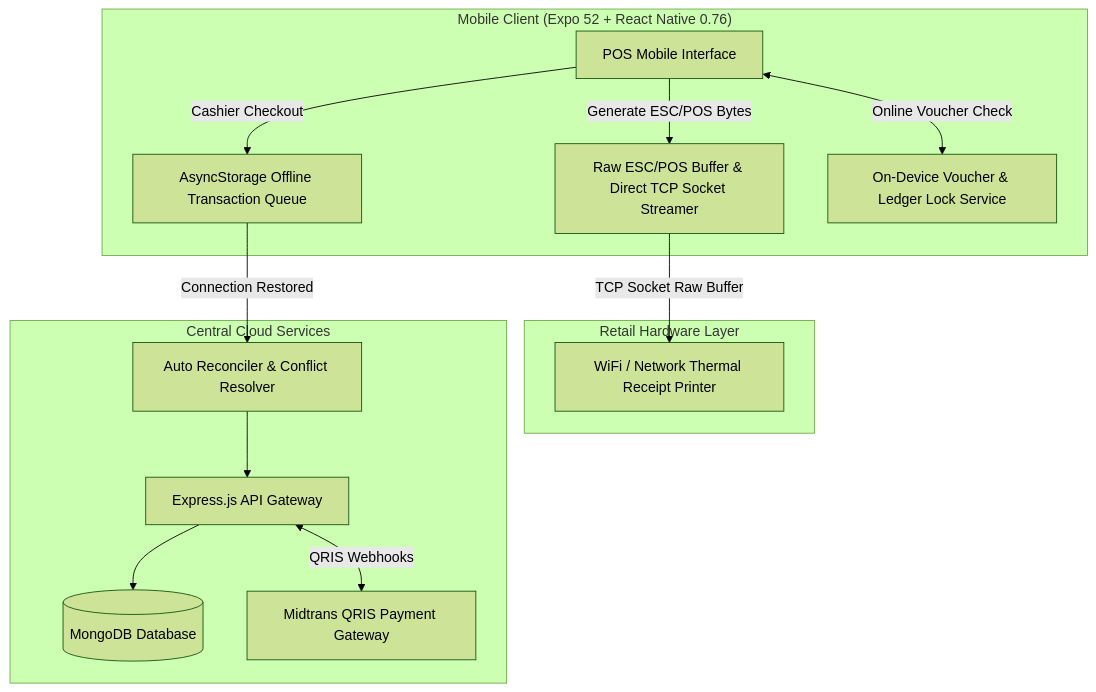
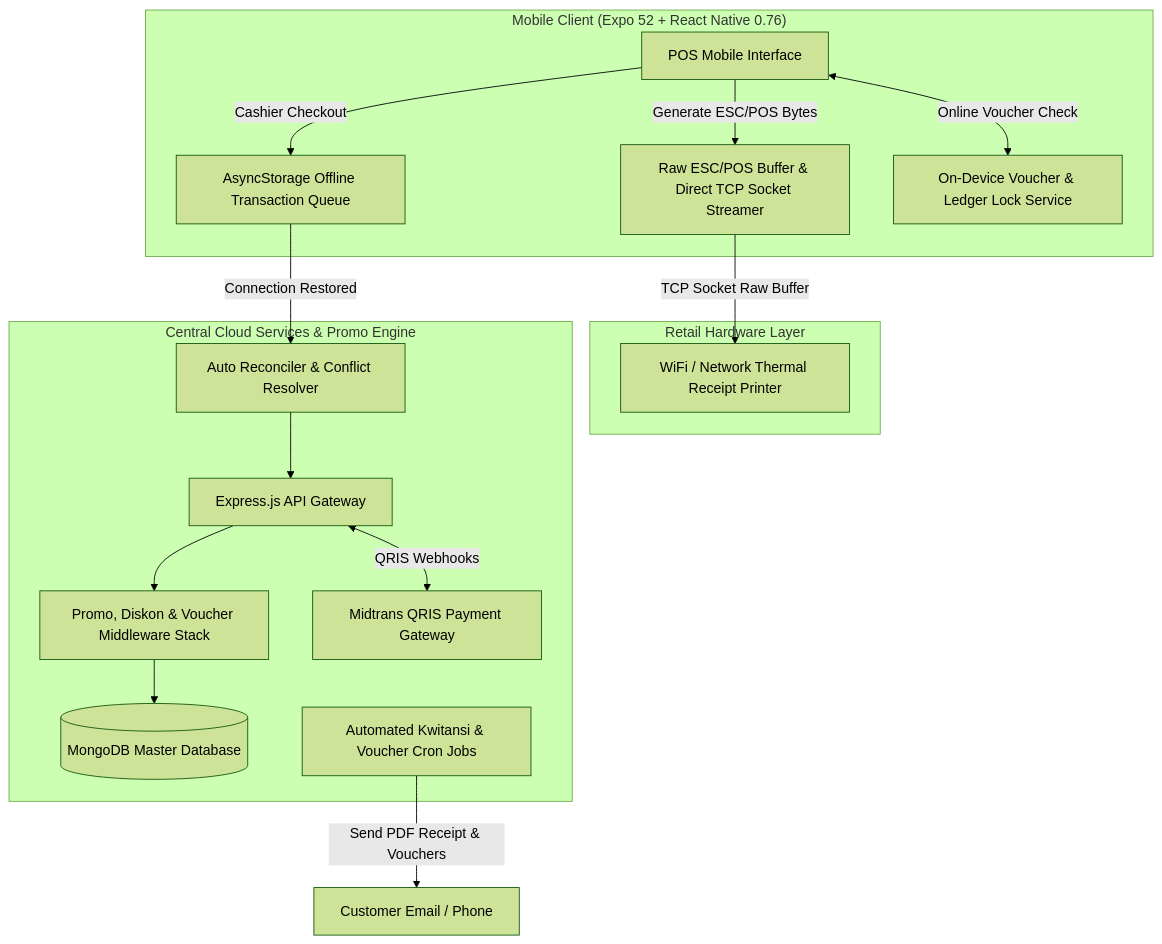
The fifth of 6 diagrams in README.md (Ham144/Ham144), drawn with Mermaid (forest theme) before and after one commit. The commit also changed other lines of this file, not shown here.

Commit message:
docs: deep architectural upgrade for all 6 projects - WQMS RedisIoAdapter, Super POS promo engine & crons, Spaced Retention LLM mode, Inventory Audit ioredis

````diff
--- a/README.md
+++ b/README.md
@@ -380,29 +383,33 @@
 ```mermaid
 graph TB
     subgraph Mobile_Device["Mobile Client (Expo 52 + React Native 0.76)"]
         MobileUI["POS Mobile Interface"]
         OfflineQueue["AsyncStorage Offline Transaction Queue"]
         PrinterDriver["Raw ESC/POS Buffer & Direct TCP Socket Streamer"]
         VoucherEngine["On-Device Voucher & Ledger Lock Service"]
     end
 
     subgraph Local_Hardware["Retail Hardware Layer"]
         ThermalPrinter["WiFi / Network Thermal Receipt Printer"]
     end
 
-    subgraph Backend_Cloud["Central Cloud Services"]
+    subgraph Backend_Cloud["Central Cloud Services & Promo Engine"]
         ExpressServer["Express.js API Gateway"]
+        PromoStack["Promo, Diskon & Voucher Middleware Stack"]
         SyncService["Auto Reconciler & Conflict Resolver"]
-        MongoDB[(MongoDB Database)]
+        MongoDB[(MongoDB Master Database)]
         Midtrans["Midtrans QRIS Payment Gateway"]
+        CronServices["Automated Kwitansi & Voucher Cron Jobs"]
     end
 
     MobileUI -->|Cashier Checkout| OfflineQueue
     MobileUI -->|Generate ESC/POS Bytes| PrinterDriver
     PrinterDriver -->|TCP Socket Raw Buffer| ThermalPrinter
     OfflineQueue -->|Connection Restored| SyncService
     SyncService --> ExpressServer
-    ExpressServer --> MongoDB
+    ExpressServer --> PromoStack
+    PromoStack --> MongoDB
     ExpressServer <-->|QRIS Webhooks| Midtrans
+    CronServices -->|Send PDF Receipt & Vouchers| Customer[Customer Email / Phone]
     MobileUI <-->|Online Voucher Check| VoucherEngine
 ```
````
